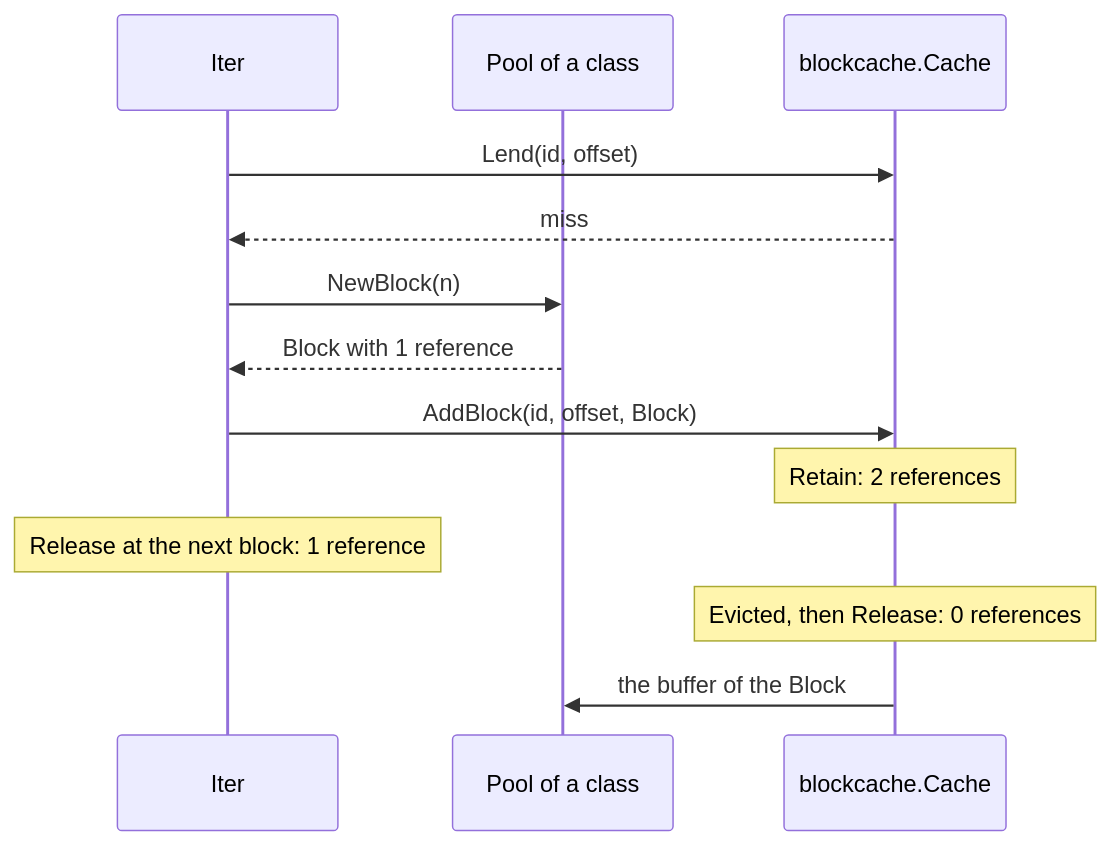
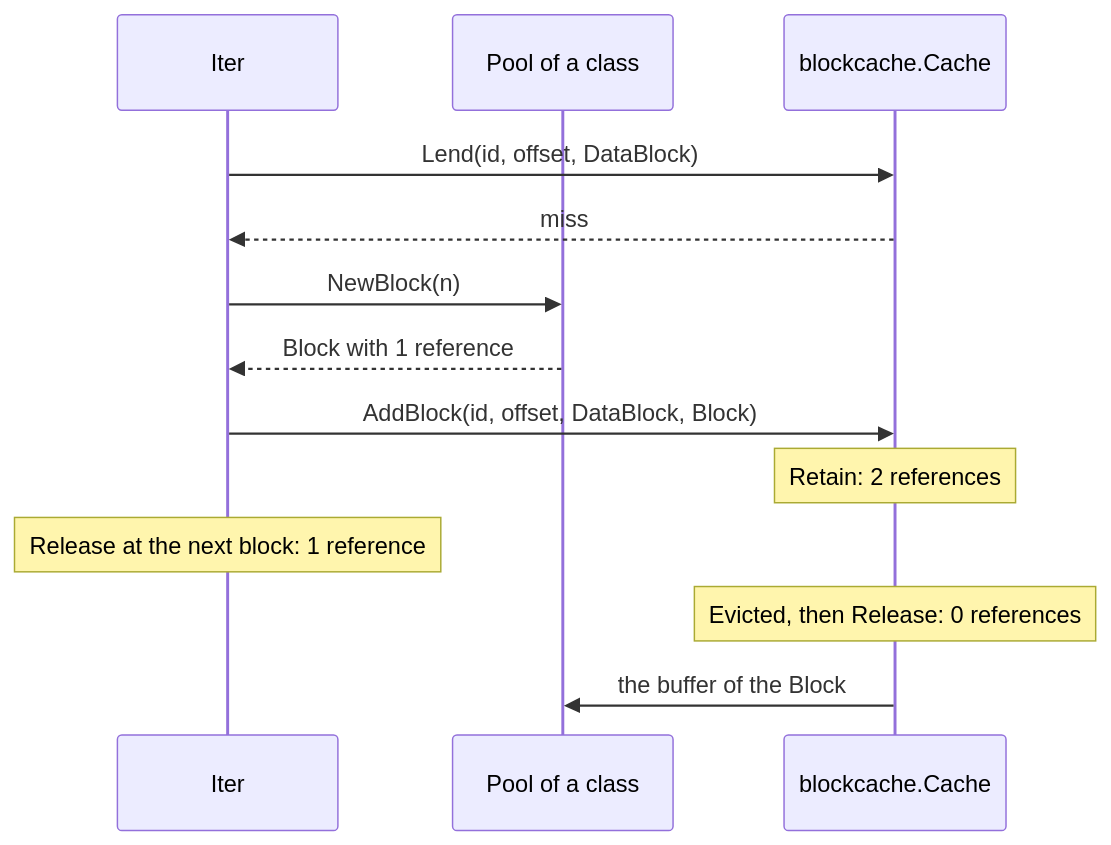
The diagram in docs/rfc/0075-blocks-that-a-cache-lends-to-readers.md (thesm-os/core), drawn with Mermaid before and after one commit. The commit also changed other lines of this file and 2 other files, not shown here.

First line of the commit message:
docs(rfc): add block roles and table identities to the cache RFCs

````diff
--- a/docs/rfc/0075-blocks-that-a-cache-lends-to-readers.md
+++ b/docs/rfc/0075-blocks-that-a-cache-lends-to-readers.md
@@ -167,15 +228,15 @@
 ```mermaid
 sequenceDiagram
     participant I as Iter
     participant P as Pool of a class
     participant C as blockcache.Cache
-    I->>C: Lend(id, offset)
+    I->>C: Lend(id, offset, DataBlock)
     C-->>I: miss
     I->>P: NewBlock(n)
     P-->>I: Block with 1 reference
-    I->>C: AddBlock(id, offset, Block)
+    I->>C: AddBlock(id, offset, DataBlock, Block)
     Note over C: Retain: 2 references
     Note over I: Release at the next block: 1 reference
     Note over C: Evicted, then Release: 0 references
     C->>P: the buffer of the Block
 ```
````
